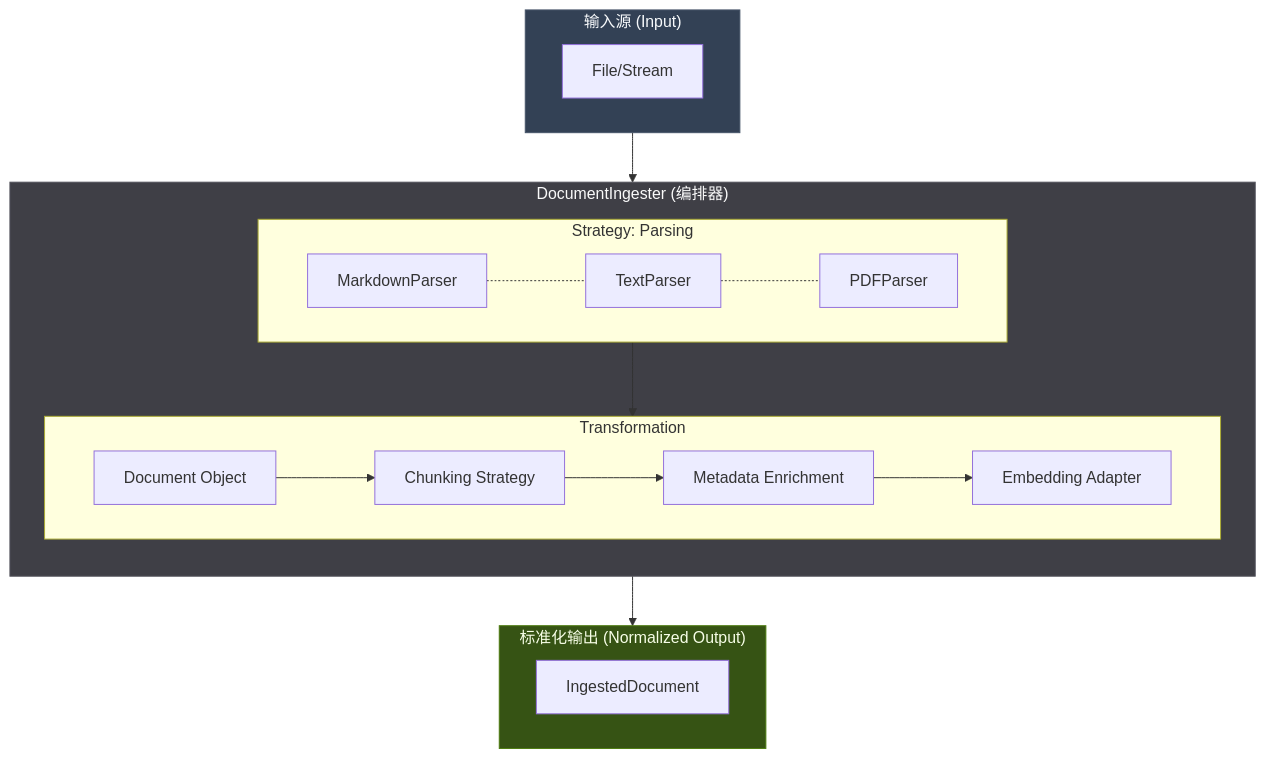
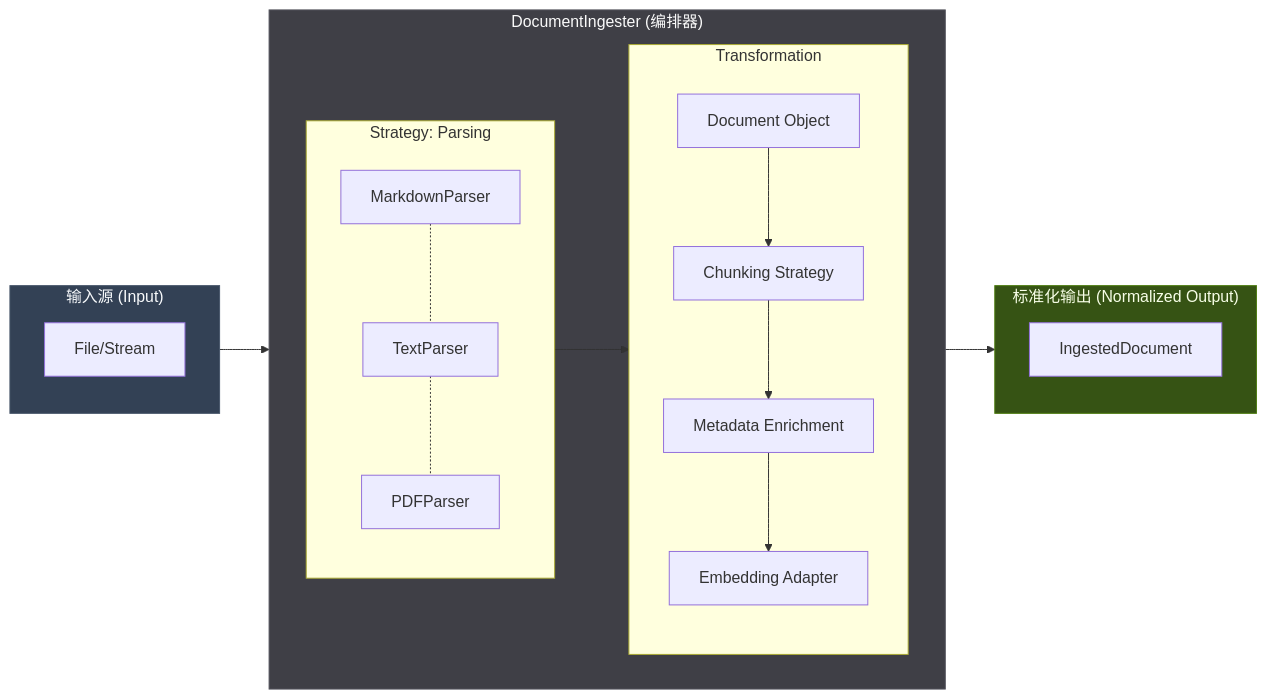
Before and after one commit to ThreeFish-AI/agentic-ai-papers: the sixth of 11 diagrams in docs/engine/030-the-perception.md, drawn with Mermaid. The commit also changed other lines of this file, not shown here.

````diff
--- a/docs/engine/030-the-perception.md
+++ b/docs/engine/030-the-perception.md
@@ -722,45 +742,45 @@
 ```mermaid
-flowchart TB
+flowchart LR
     subgraph Input["输入源 (Input)"]
         File[File/Stream]
     end
 
     subgraph Orchestrator["DocumentIngester (编排器)"]
-        direction TB
+        direction LR
 
         subgraph Parser["Strategy: Parsing"]
-            direction LR
+            direction TB
 
             MP[MarkdownParser]
             TP[TextParser]
             PP[PDFParser]
 
             MP -.- TP -.- PP
         end
 
         subgraph Transform["Transformation"]
-            direction LR
+            direction TB
 
             Doc[Document Object]
             Chunker[Chunking Strategy]
             Meta[Metadata Enrichment]
             Embed[Embedding Adapter]
 
             Doc --> Chunker
             Chunker --> Meta
             Meta --> Embed
         end
     end
 
     subgraph Output["标准化输出 (Normalized Output)"]
         ID[IngestedDocument]
     end
 
     Input --> Parser
     Parser --> Transform
     Transform --> Output
 
     style Input fill:#334155,stroke:#475569,color:#f8fafc
     style Orchestrator fill:#3f3f46,stroke:#52525b,color:#fafafa
     style Output fill:#365314,stroke:#4d7c0f,color:#f7fee7
 ```
````
